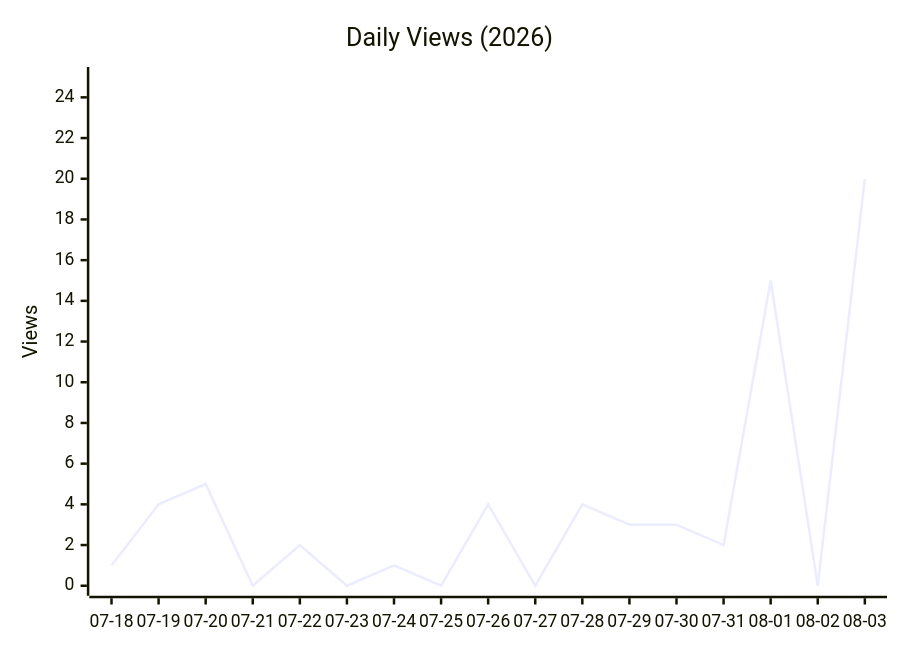
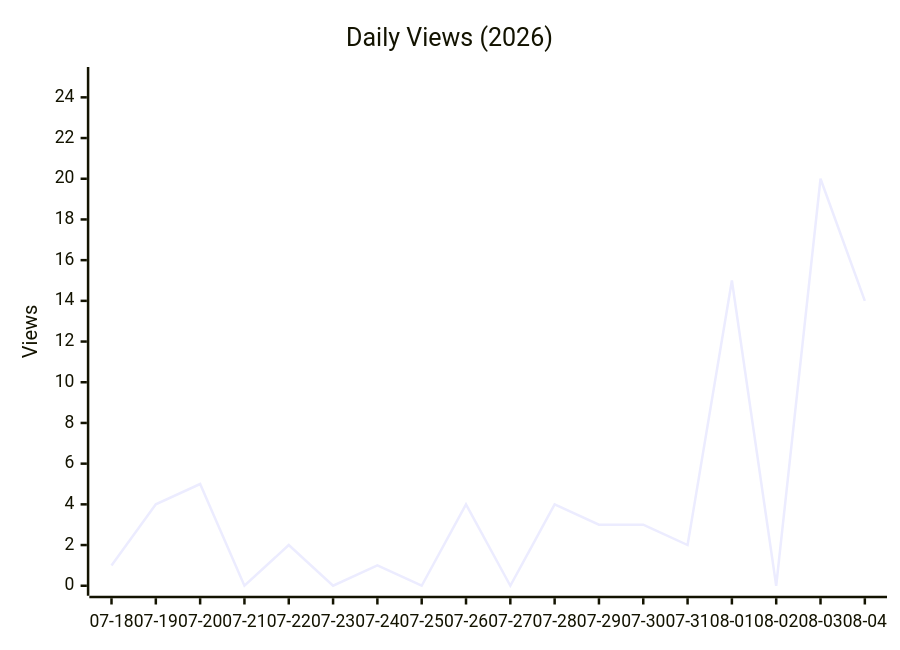
Before and after one commit to Architect-HA/Humai-Accord: the third of 4 diagrams in data/TRAFFIC_REPORT.md, drawn with Mermaid. The commit also changed other lines of this file and 1 other file, not shown here.

````diff
--- a/data/TRAFFIC_REPORT.md
+++ b/data/TRAFFIC_REPORT.md
@@ -32,7 +32,7 @@
 ```mermaid
 xychart-beta
     title "Daily Views (2026)"
-    x-axis ["07-18", "07-19", "07-20", "07-21", "07-22", "07-23", "07-24", "07-25", "07-26", "07-27", "07-28", "07-29", "07-30", "07-31", "08-01", "08-02", "08-03"]
+    x-axis ["07-18", "07-19", "07-20", "07-21", "07-22", "07-23", "07-24", "07-25", "07-26", "07-27", "07-28", "07-29", "07-30", "07-31", "08-01", "08-02", "08-03", "08-04"]
     y-axis "Views" 0 --> 25
-    line [1, 4, 5, 0, 2, 0, 1, 0, 4, 0, 4, 3, 3, 2, 15, 0, 20]
+    line [1, 4, 5, 0, 2, 0, 1, 0, 4, 0, 4, 3, 3, 2, 15, 0, 20, 14]
 ```
````
